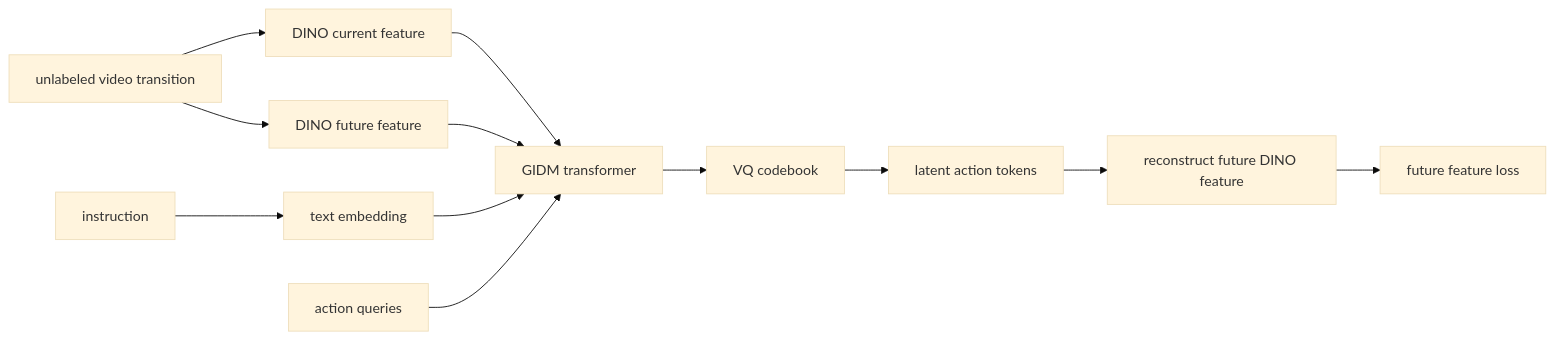
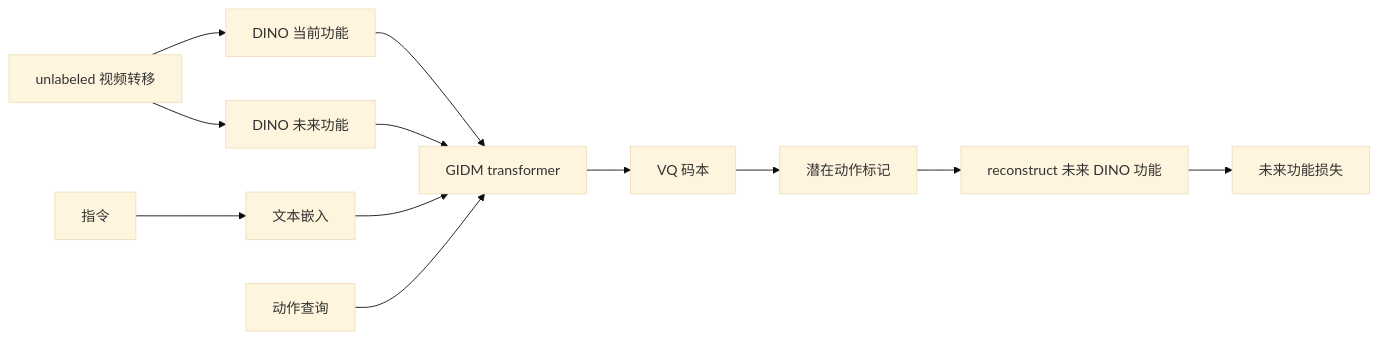
Before and after one commit to niuverse/llm-wiki: the first of 2 diagrams in wiki/concepts/InverseDynamicsModels.md, drawn with Mermaid (base theme). The commit also changed other lines of this file and 123 other files, not shown here.

````diff
--- a/wiki/concepts/InverseDynamicsModels.md
+++ b/wiki/concepts/InverseDynamicsModels.md
@@ -69,14 +69,14 @@
 ```mermaid
 flowchart LR
-  V["unlabeled video transition"] --> E1["DINO current feature"]
-  V --> E2["DINO future feature"]
-  L["instruction"] --> T["text embedding"]
+  V["unlabeled 视频转移"] --> E1["DINO 当前功能"]
+  V --> E2["DINO 未来功能"]
+  L["指令"] --> T["文本嵌入"]
   E1 --> I["GIDM transformer"]
   E2 --> I
   T --> I
-  Q["action queries"] --> I
-  I --> C["VQ codebook"]
-  C --> A["latent action tokens"]
-  A --> R["reconstruct future DINO feature"]
-  R --> Loss["future feature loss"]
+  Q["动作查询"] --> I
+  I --> C["VQ 码本"]
+  C --> A["潜在动作标记"]
+  A --> R["reconstruct 未来 DINO 功能"]
+  R --> Loss["未来功能损失"]
 ```
````
